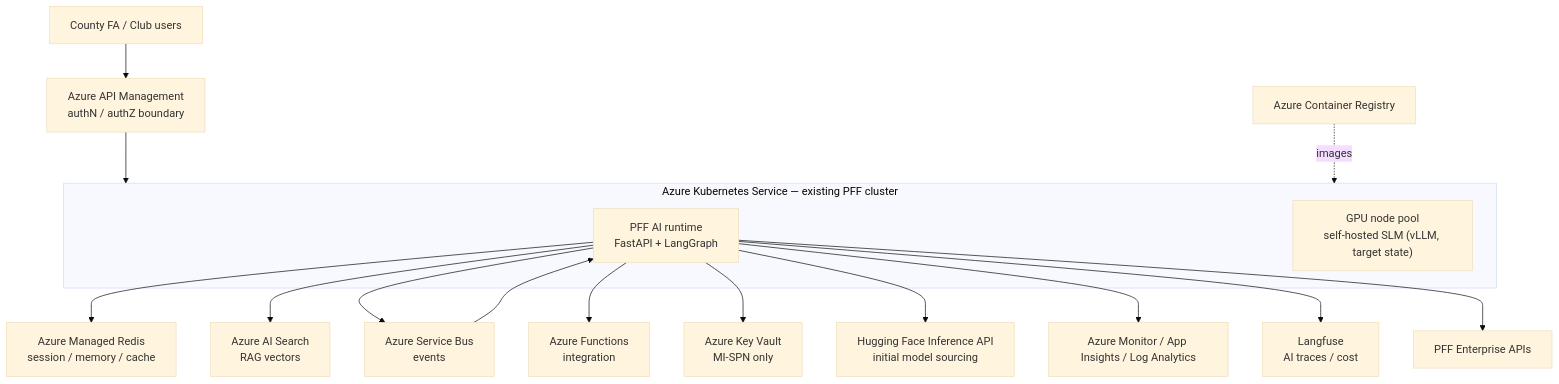
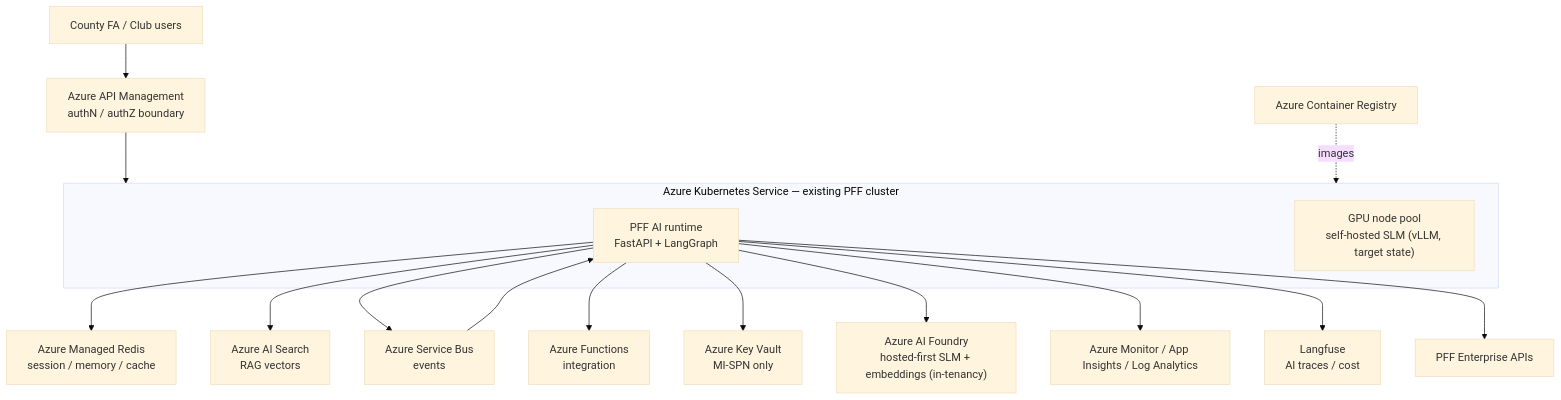
The third of 3 diagrams in docs/architecture/sad/PFF-AI-SAD.md (gobimca87/PF-FT), drawn with Mermaid (base theme) before and after one commit. The commit also changed other lines of this file and 19 other files, not shown here.

````diff
--- a/docs/architecture/sad/PFF-AI-SAD.md
+++ b/docs/architecture/sad/PFF-AI-SAD.md
@@ -539,20 +544,20 @@
 ```mermaid
 flowchart TB
     Users["County FA / Club users"] --> APIM["Azure API Management<br/>authN / authZ boundary"]
     APIM --> AKS
     subgraph AKS["Azure Kubernetes Service — existing PFF cluster"]
         RT["PFF AI runtime<br/>FastAPI + LangGraph"]
         GPU["GPU node pool<br/>self-hosted SLM (vLLM, target state)"]
     end
     RT --> REDIS["Azure Managed Redis<br/>session / memory / cache"]
     RT --> SRCH["Azure AI Search<br/>RAG vectors"]
     RT --> SB["Azure Service Bus<br/>events"]
     RT --> FUNC["Azure Functions<br/>integration"]
     RT --> KV["Azure Key Vault<br/>MI-SPN only"]
-    RT --> HF["Hugging Face Inference API<br/>initial model sourcing"]
+    RT --> FOUNDRY["Azure AI Foundry<br/>hosted-first SLM + embeddings (in-tenancy)"]
     ACR["Azure Container Registry"] -. images .-> AKS
     RT --> MON["Azure Monitor / App Insights / Log Analytics"]
     RT --> LF["Langfuse<br/>AI traces / cost"]
     SB --> RT
     RT --> PFFAPI["PFF Enterprise APIs"]
 ```
````
